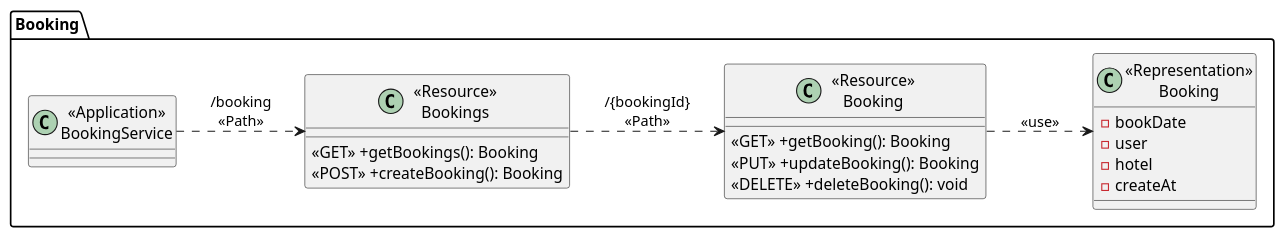
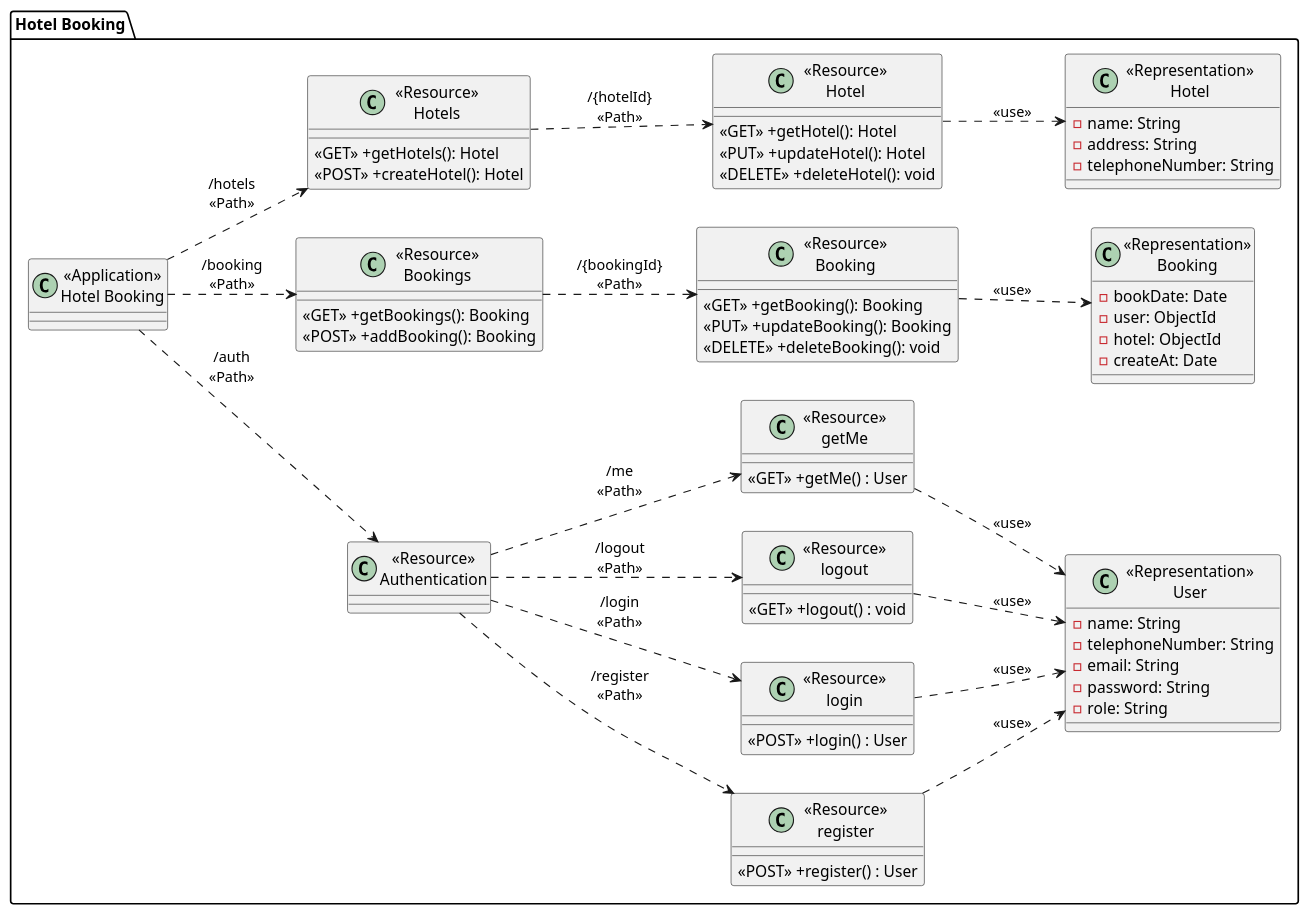
The diagram in diagram/ClassDiagram.puml (2110503TACEDT66/presentation-day-1-laeo-tae-loei), drawn with PlantUML before and after one commit. The commit also changed 1 other file, not shown here.

Commit message:
update class diagram

```diff
--- a/diagram/ClassDiagram.puml
+++ b/diagram/ClassDiagram.puml
@@ -1,30 +1,94 @@
 @startuml
 left to right direction
-package "Booking"{
-    class "<<Application>>\nBookingService" as BookingService{}
+package "Hotel Booking"{
+
+    class "<<Application>>\nHotel Booking" as HotelBookingService{}
+
+    '======================= Representation ======================='
+    class "<<Representation>>\nUser" as RepresentationUser {
+        -name: String
+        -telephoneNumber: String
+        -email: String
+        -password: String
+        -role: String
+    }
+    
+    class "<<Representation>>\nBooking" as RepresentationBooking {
+        -bookDate: Date
+        -user: ObjectId
+        -hotel: ObjectId
+        -createAt: Date
+    }
+
+    class "<<Representation>>\nHotel" as RepresentationHotel {
+        -name: String
+        -address: String
+        -telephoneNumber: String
+    }
+
+    '======================= Resource ======================='
+
+    class "<<Resource>>\nAuthentication" as ResourceAuthentication{}
+
+    class "<<Resource>>\nregister" as ResourceRegister{
+        <<POST>> +register() : User
+    }
+
+    class "<<Resource>>\nlogin" as ResourceLogin{
+        <<POST>> +login() : User
+    }
+
+    class "<<Resource>>\nlogout" as ResourceLogout{
+        <<GET>> +logout() : void
+    }
+
+    class "<<Resource>>\ngetMe" as ResourceMe{
+        <<GET>> +getMe() : User
+    }
+
 
     class "<<Resource>>\nBookings" as ResourceBookings{
         <<GET>> +getBookings(): Booking
-        <<POST>> +createBooking(): Booking
+        <<POST>> +addBooking(): Booking
     }
 
     class "<<Resource>>\nBooking" as ResourceBooking {
         <<GET>> +getBooking(): Booking
         <<PUT>> +updateBooking(): Booking
         <<DELETE>> +deleteBooking(): void
     }
 
-    class "<<Representation>>\nBooking" as RepresentationBooking {
-        -bookDate
-        -user
-        -hotel
-        -createAt
+    class "<<Resource>>\nHotels" as ResourceHotels{
+        <<GET>> +getHotels(): Hotel
+        <<POST>> +createHotel(): Hotel
     }
 
+    class "<<Resource>>\nHotel" as ResourceHotel {
+        <<GET>> +getHotel(): Hotel
+        <<PUT>> +updateHotel(): Hotel
+        <<DELETE>> +deleteHotel(): void
+    }
 }
 
-BookingService ..> ResourceBookings:"/booking\n<<Path>>"
+
+HotelBookingService ..> ResourceHotels:"/hotels\n<<Path>>"
+HotelBookingService ..> ResourceBookings:"/booking\n<<Path>>"
+HotelBookingService ..> ResourceAuthentication: "/auth\n<<Path>>"
+
+ResourceHotels ..> ResourceHotel: "/{hotelId}\n<<Path>>"
 ResourceBookings ..> ResourceBooking: "/{bookingId}\n<<Path>>"
 ResourceBooking ..> RepresentationBooking: "<<use>>"
+ResourceHotel ..> RepresentationHotel: "<<use>>"
+
+ResourceAuthentication ..> ResourceRegister: "/register\n<<Path>>"
+ResourceAuthentication ..> ResourceLogin: "/login\n<<Path>>"
+ResourceAuthentication ..> ResourceLogout: "/logout\n<<Path>>"
+ResourceAuthentication ..> ResourceMe: "/me\n<<Path>>"
+
+ResourceRegister ..> RepresentationUser: "<<use>>"
+ResourceLogin ..> RepresentationUser: "<<use>>"
+ResourceMe ..> RepresentationUser: "<<use>>"
+ResourceLogout ..> RepresentationUser: "<<use>>"
+
 
 @enduml
```
